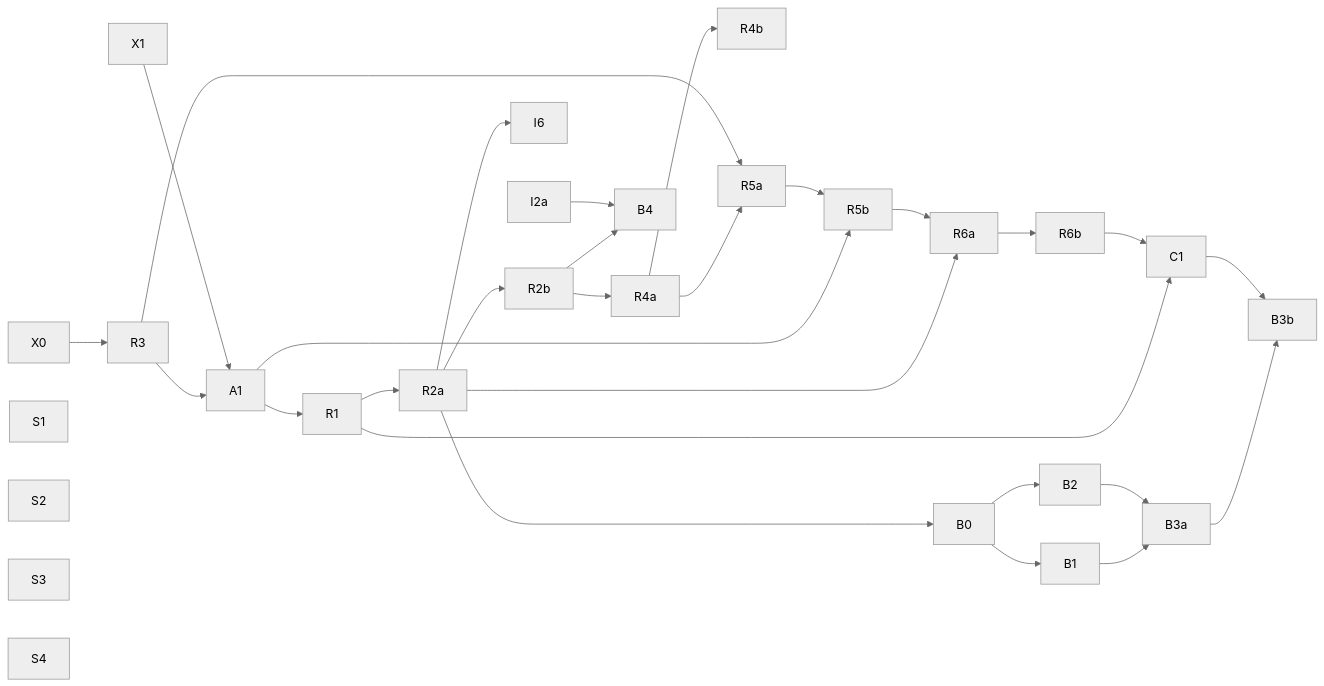
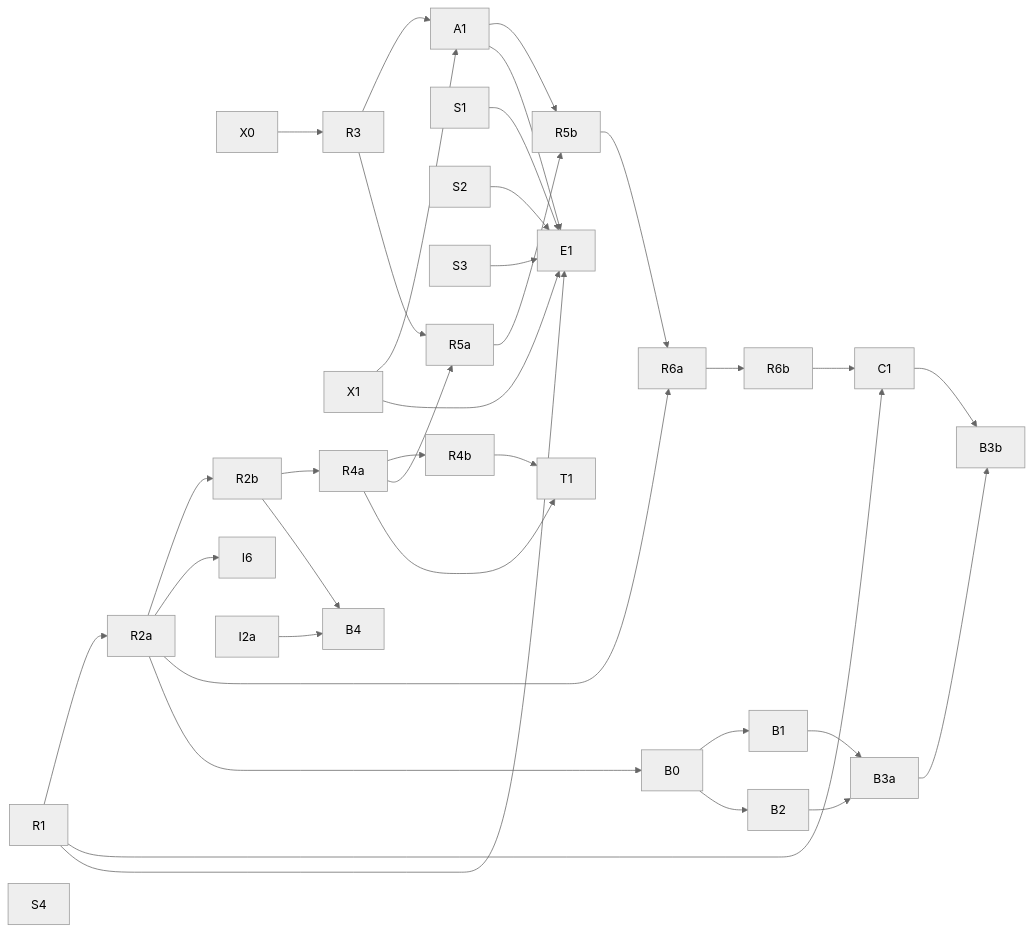
One commit to aarush-dev/mpls-lab changed the diagram in docs/copilot-build-plan.md. Above: the diagram before and after it, drawn with Mermaid (neutral theme). The commit also changed other lines of this file and 2 other files, not shown here.

````diff
--- a/docs/copilot-build-plan.md
+++ b/docs/copilot-build-plan.md
@@ -104,23 +116,26 @@
 ```mermaid
 graph LR
   X0 --> R3
   R3 --> A1
   X1 --> A1
-  A1 --> R1 & R5b
-  R1 --> R2a & C1
+  A1 --> R5b & E1
+  R1 --> R2a & C1 & E1
+  X1 --> E1
+  S1 & S2 & S3 --> E1
   R2a --> R2b & I6 & R6a & B0
   R2b --> R4a & B4
-  R4a --> R4b & R5a
+  R4a --> R4b & R5a & T1
+  R4b --> T1
   R3 --> R5a
   R5a --> R5b
   R5b --> R6a
   R6a --> R6b
   R6b --> C1
   I2a --> B4
   B0 --> B1 & B2
   B1 --> B3a
   B2 --> B3a
   B3a --> B3b
   C1 --> B3b
-  S1 & S2 & S3 & S4
+  S4
 ```
````
